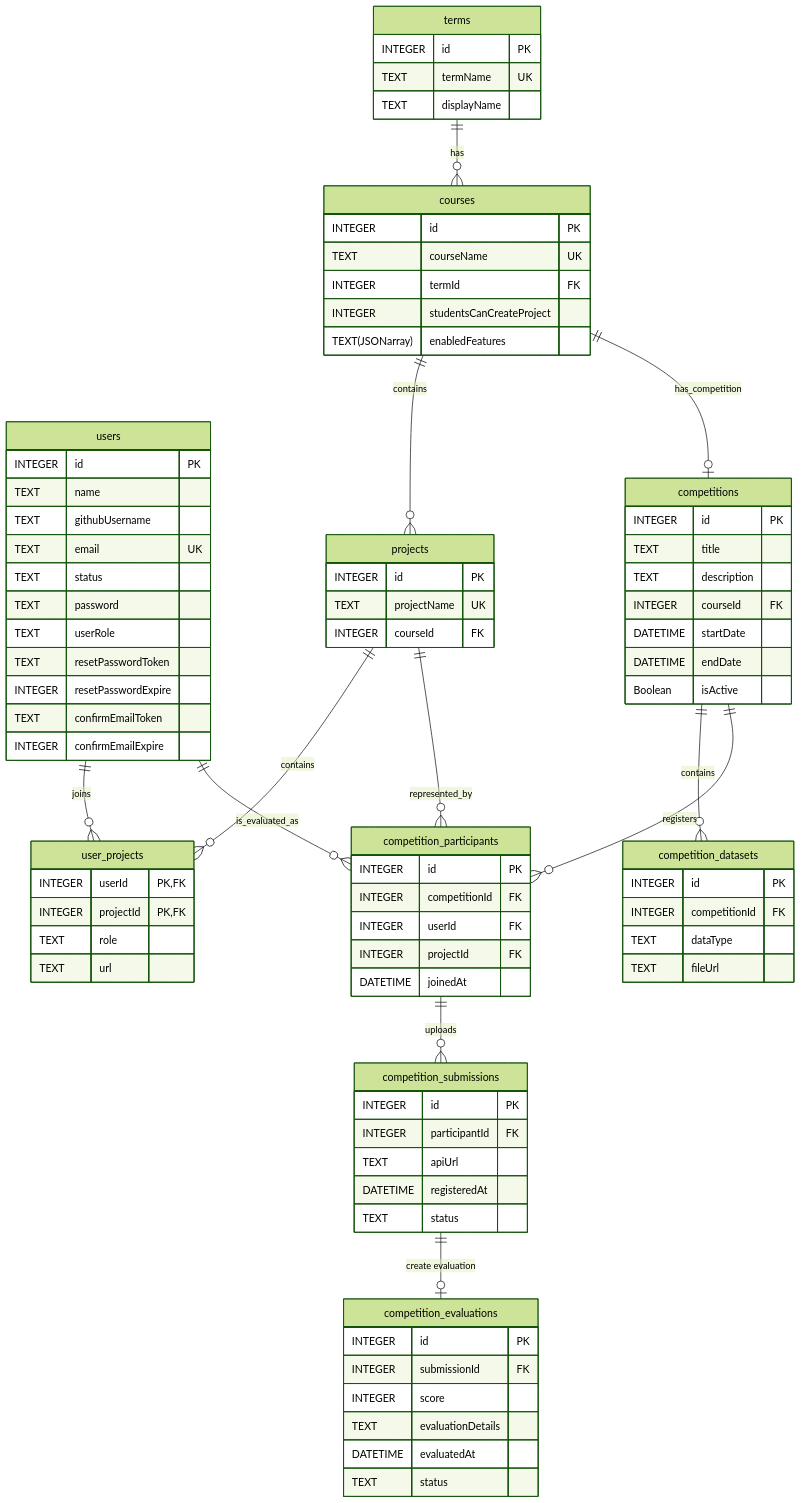
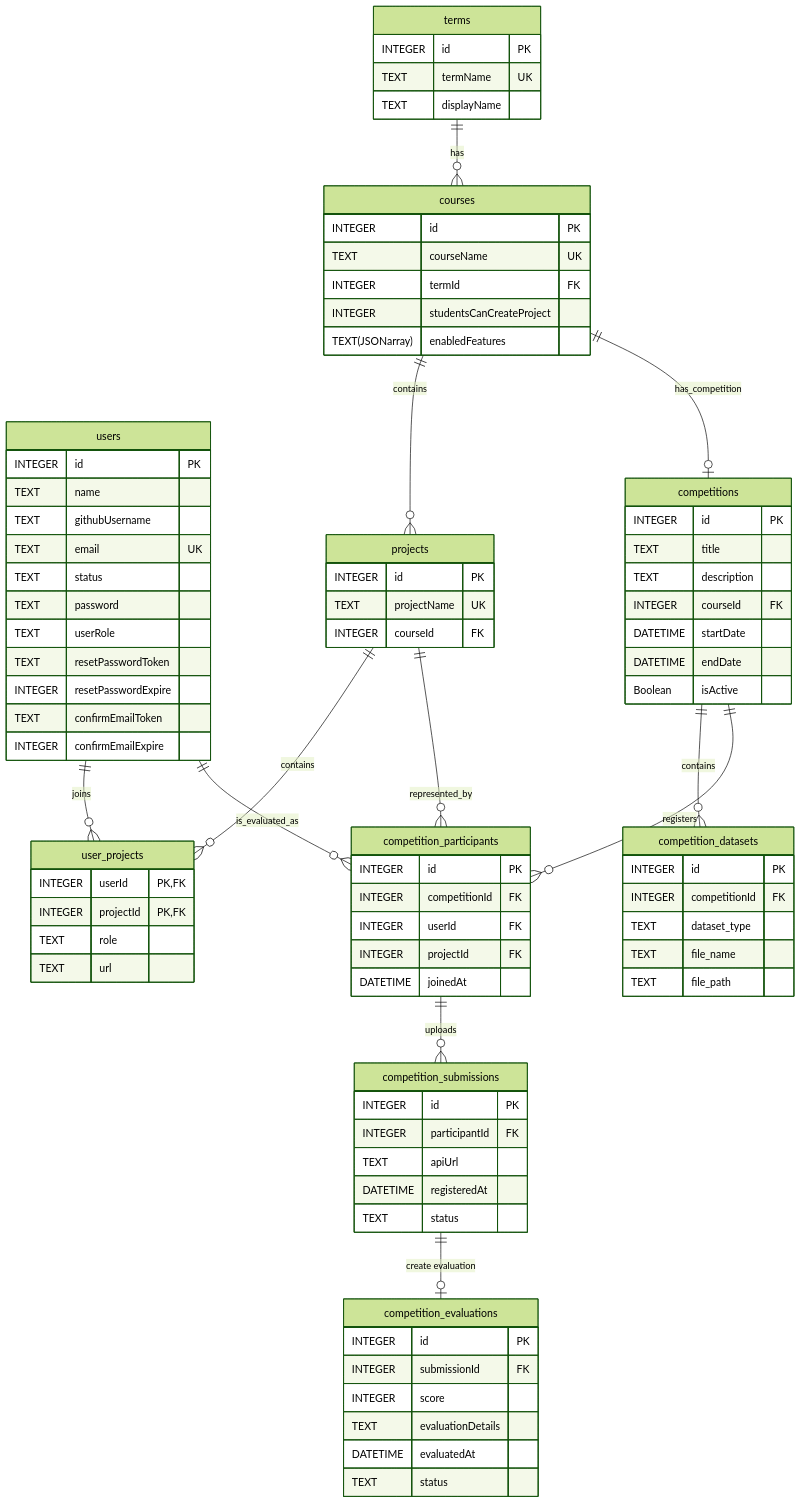
The diagram in docs/database-diagram.md (riehlegroup/happy-go-lucky), drawn with Mermaid (forest theme) before and after one commit. The commit also changed 15 other files, not shown here.

```diff
--- a/docs/database-diagram.md
+++ b/docs/database-diagram.md
@@ -56,8 +56,9 @@
     competition_datasets {
         INTEGER id PK
         INTEGER competitionId FK
-        TEXT dataType
-        TEXT fileUrl
+        TEXT dataset_type
+        TEXT file_name
+        TEXT file_path
     }
 
     competition_participants {
```
